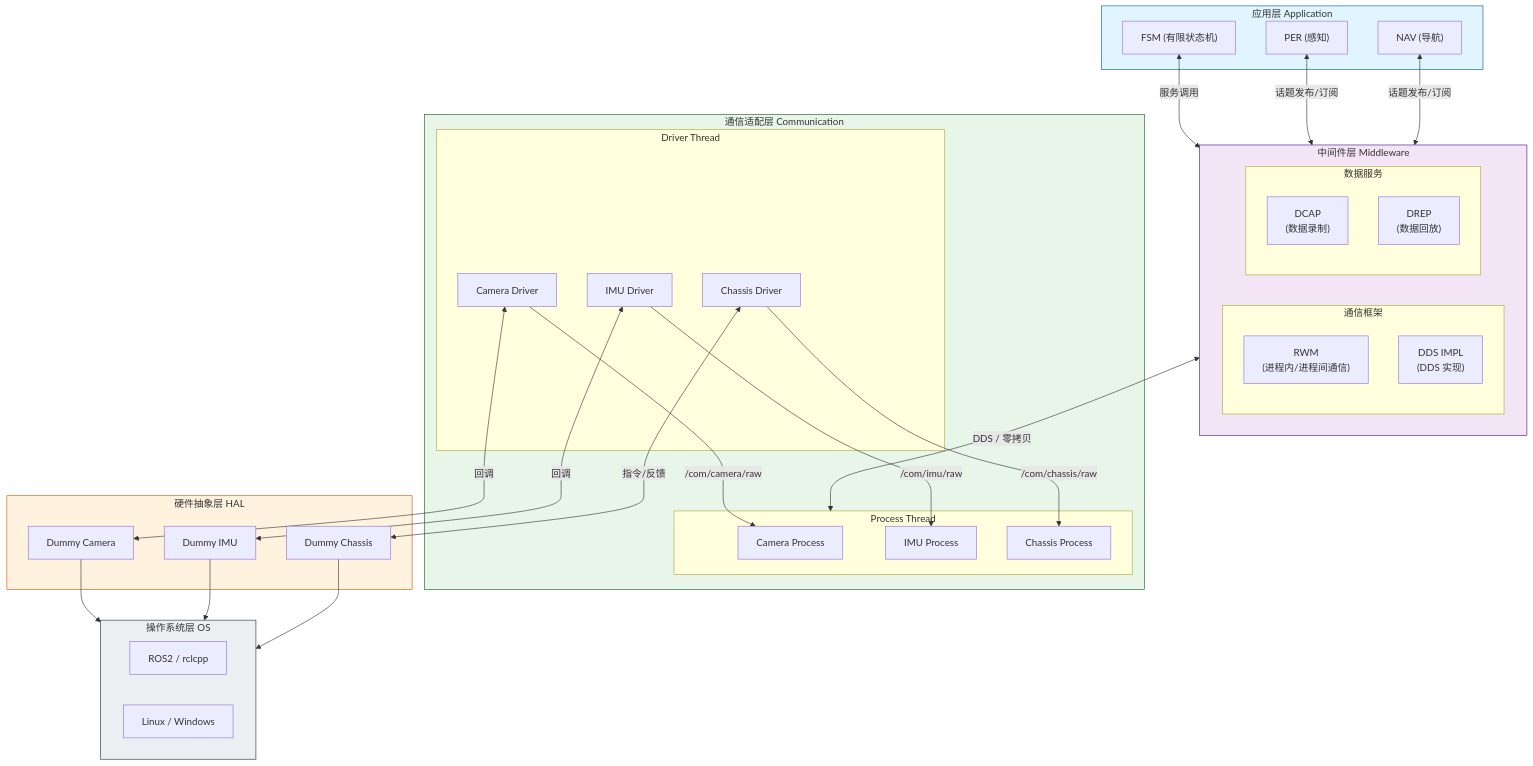
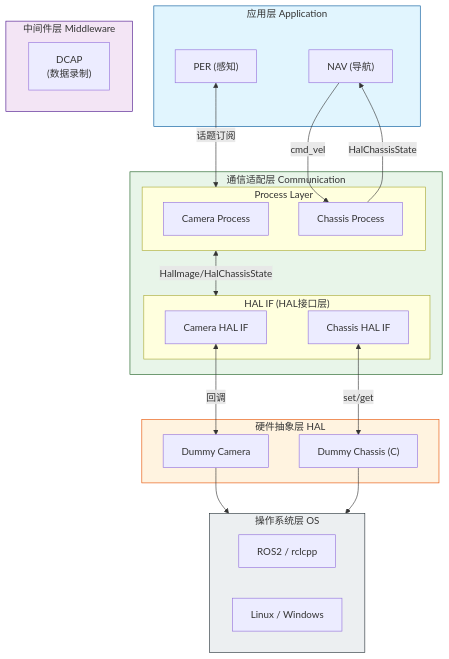
The diagram in service-robot-middleware-demo/README.md (yyheron/Daily-Programming-Learning), drawn with Mermaid before and after one commit. The commit also changed other lines of this file and 18 other files, not shown here.

````diff
--- a/service-robot-middleware-demo/README.md
+++ b/service-robot-middleware-demo/README.md
@@ -9,67 +9,50 @@
 ```mermaid
 flowchart TB
     subgraph APP["应用层 Application"]
-        FSM["FSM (有限状态机)"]
         PER["PER (感知)"]
         NAV["NAV (导航)"]
     end
 
-    subgraph MW["中间件层 Middleware"]
-        subgraph MW_COM["通信框架"]
-            RWM["RWM\n(进程内/进程间通信)"]
-            DDS["DDS IMPL\n(DDS 实现)"]
+    subgraph COM["通信适配层 Communication"]
+        subgraph COM_HALIF["HAL IF (HAL接口层)"]
+            CAM_IF["Camera HAL IF"]
+            CHA_IF["Chassis HAL IF"]
         end
-        subgraph MW_DATA["数据服务"]
-            DCAP["DCAP\n(数据录制)"]
-            DREP["DREP\n(数据回放)"]
-        end
-    end
-
-    subgraph COM["通信适配层 Communication"]
-        subgraph COM_DT["Driver Thread"]
-            DT_CAM["Camera Driver"]
-            DT_IMU["IMU Driver"]
-            DT_CHA["Chassis Driver"]
-        end
-        subgraph COM_PT["Process Thread"]
-            PT_CAM["Camera Process"]
-            PT_IMU["IMU Process"]
-            PT_CHA["Chassis Process"]
+        subgraph COM_PROC["Process Layer"]
+            CAM_PROC["Camera Process"]
+            CHA_PROC["Chassis Process"]
         end
     end
 
     subgraph HAL["硬件抽象层 HAL"]
         CAM_HAL["Dummy Camera"]
-        IMU_HAL["Dummy IMU"]
-        CHA_HAL["Dummy Chassis"]
+        CHA_HAL["Dummy Chassis (C)"]
+    end
+
+    subgraph MW["中间件层 Middleware"]
+        DCAP["DCAP\n(数据录制)"]
     end
 
     subgraph OS["操作系统层 OS"]
         ROS2["ROS2 / rclcpp"]
         LINUX["Linux / Windows"]
     end
 
-    FSM <-->|"服务调用"| MW
-    PER <-->|"话题发布/订阅"| MW
-    NAV <-->|"话题发布/订阅"| MW
+    PER <-->|"话题订阅"| COM_PROC
+    NAV -->|"cmd_vel"| CHA_PROC
+    CHA_PROC -->|"HalChassisState"| NAV
 
-    MW <-->|"DDS / 零拷贝"| COM_PT
+    COM_PROC <-->|"HalImage/HalChassisState"| COM_HALIF
 
-    DT_CAM <-->|"回调"| CAM_HAL
-    DT_IMU <-->|"回调"| IMU_HAL
-    DT_CHA <-->|"指令/反馈"| CHA_HAL
-
-    DT_CAM -->|/com/camera/raw| PT_CAM
-    DT_IMU -->|/com/imu/raw| PT_IMU
-    DT_CHA -->|/com/chassis/raw| PT_CHA
+    CAM_IF <-->|"回调"| CAM_HAL
+    CHA_IF <-->|"set/get"| CHA_HAL
 
     CAM_HAL --> OS
-    IMU_HAL --> OS
     CHA_HAL --> OS
 
     style APP fill:#e1f5fe,stroke:#01579b
-    style MW fill:#f3e5f5,stroke:#4a148c
     style COM fill:#e8f5e9,stroke:#1b5e20
     style HAL fill:#fff3e0,stroke:#e65100
+    style MW fill:#f3e5f5,stroke:#4a148c
     style OS fill:#eceff1,stroke:#263238
 ```
````
